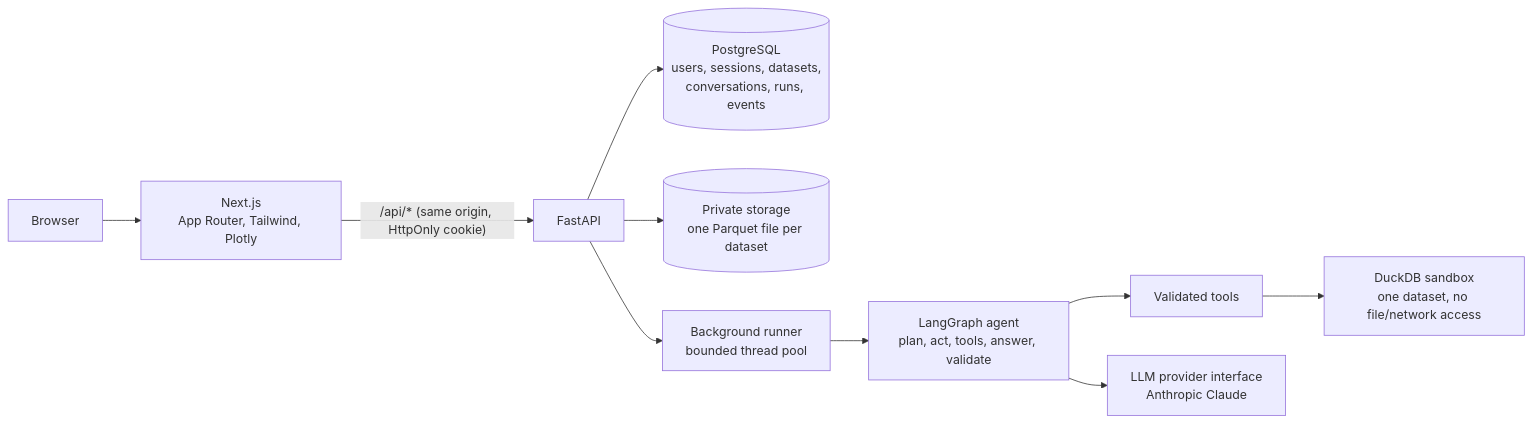
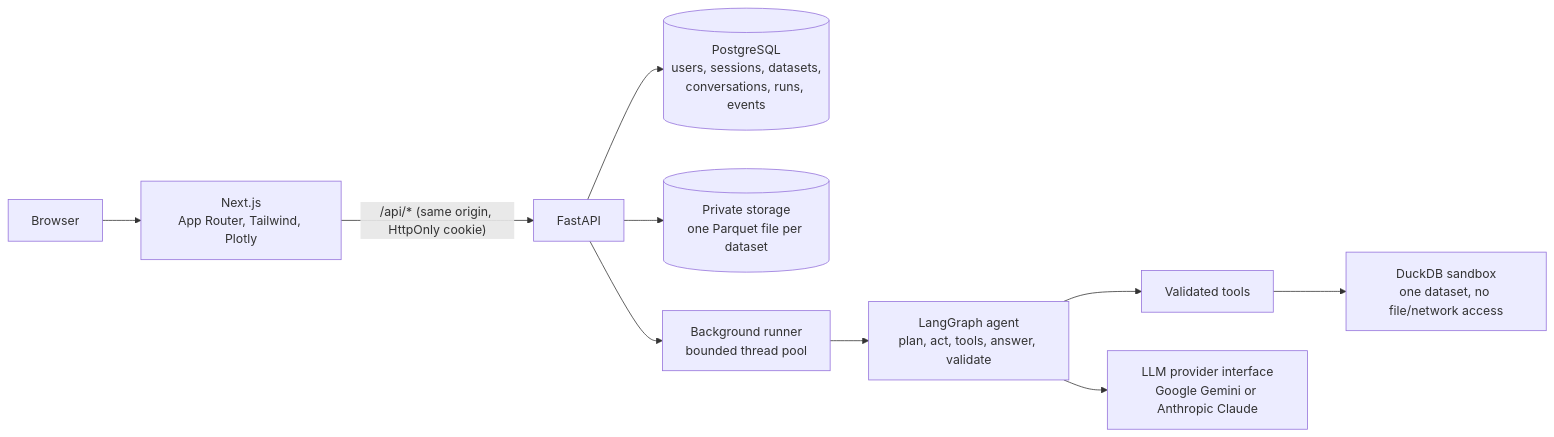
Before and after one commit to param7862989-ops/autonomous-data-analyst: the diagram in README.md, drawn with Mermaid. The commit also changed other lines of this file and 10 other files, not shown here.

Commit message:
docs: document Gemini as the default LLM provider

````diff
--- a/README.md
+++ b/README.md
@@ -45,12 +45,12 @@
 ```mermaid
 flowchart LR
     B[Browser] --> N[Next.js<br/>App Router, Tailwind, Plotly]
     N -- "/api/* (same origin, HttpOnly cookie)" --> F[FastAPI]
     F --> P[(PostgreSQL<br/>users, sessions, datasets,<br/>conversations, runs, events)]
     F --> S[(Private storage<br/>one Parquet file per dataset)]
     F --> W[Background runner<br/>bounded thread pool]
     W --> G[LangGraph agent<br/>plan, act, tools, answer, validate]
     G --> T[Validated tools]
     T --> D[DuckDB sandbox<br/>one dataset, no file/network access]
-    G --> L[LLM provider interface<br/>Anthropic Claude]
+    G --> L[LLM provider interface<br/>Google Gemini or Anthropic Claude]
 ```
````
